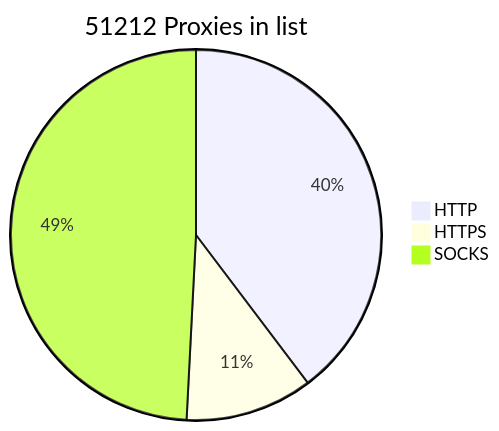
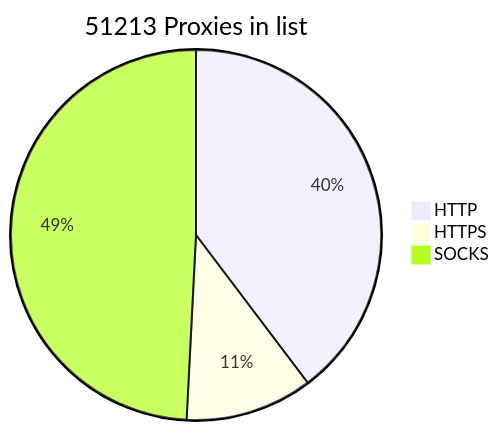
Before and after one commit to BlackSnowDot/proxylist-update-every-minute: the diagram in README.md, drawn with Mermaid.

````diff
--- a/README.md
+++ b/README.md
@@ -2,6 +2,6 @@
 ```mermaid
-pie title 51212 Proxies in list
+pie title 51213 Proxies in list
     "HTTP" : 22560
     "HTTPS": 6317
-    "SOCKS" : 27955
+    "SOCKS" : 27956
 ```
````
